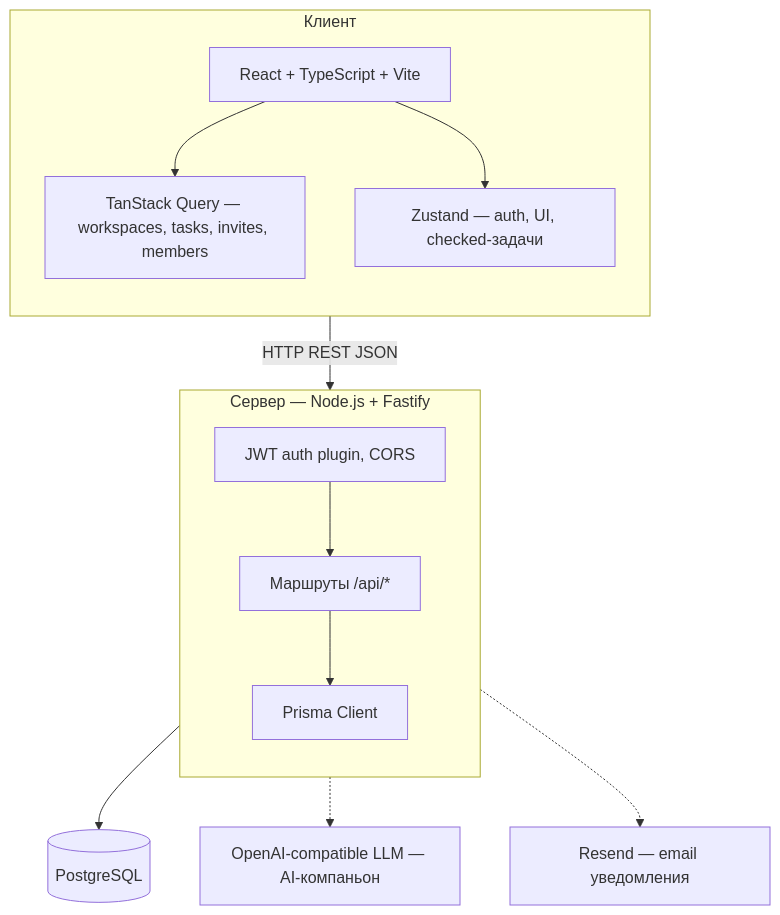
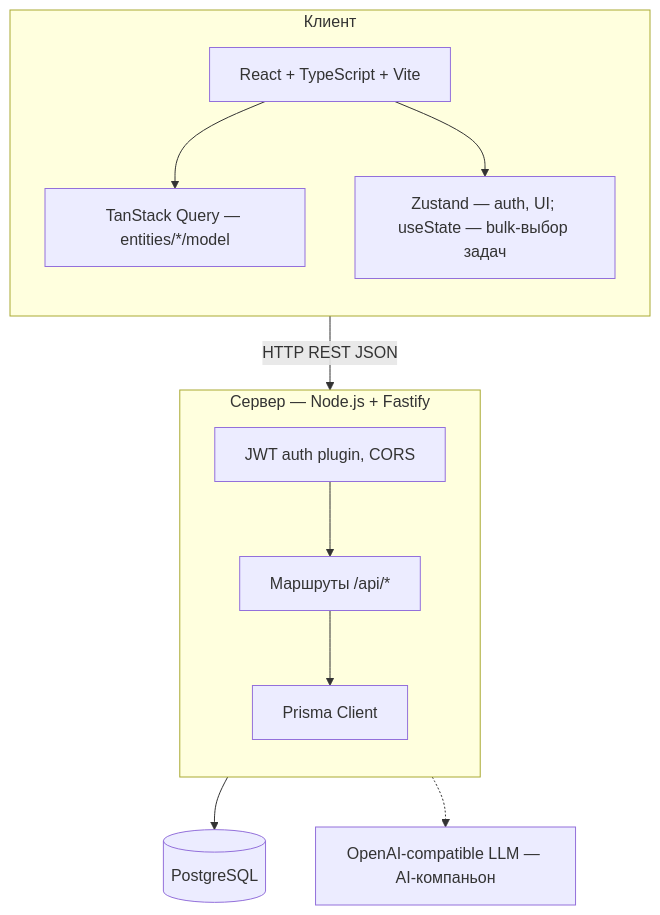
One commit to Shadowgraph-1/project-K changed the second of 3 diagrams in README.md. Above: the diagram before and after it, drawn with Mermaid. The commit also changed other lines of this file, not shown here.

````diff
--- a/README.md
+++ b/README.md
@@ -228,28 +182,26 @@
 ```mermaid
 flowchart TB
   subgraph FE["Клиент"]
     direction TB
     FE_STACK["React + TypeScript + Vite"]
-    FE_QUERY["TanStack Query — workspaces, tasks, invites, members"]
-    FE_STATE["Zustand — auth, UI, checked-задачи"]
+    FE_QUERY["TanStack Query — entities/*/model"]
+    FE_STATE["Zustand — auth, UI; useState — bulk-выбор задач"]
     FE_STACK --> FE_QUERY
     FE_STACK --> FE_STATE
   end
 
   subgraph BE["Сервер — Node.js + Fastify"]
     direction TB
     BE_MW["JWT auth plugin, CORS"]
     BE_API["Маршруты /api/*"]
     BE_ORM["Prisma Client"]
     BE_MW --> BE_API --> BE_ORM
   end
 
   DB[(PostgreSQL)]
   LLM["OpenAI-compatible LLM — AI-компаньон"]
-  SMTP["Resend — email уведомления"]
 
   FE -->|"HTTP REST JSON"| BE
   BE_ORM --> DB
   BE -.-> LLM
-  BE -.-> SMTP
 ```
````
